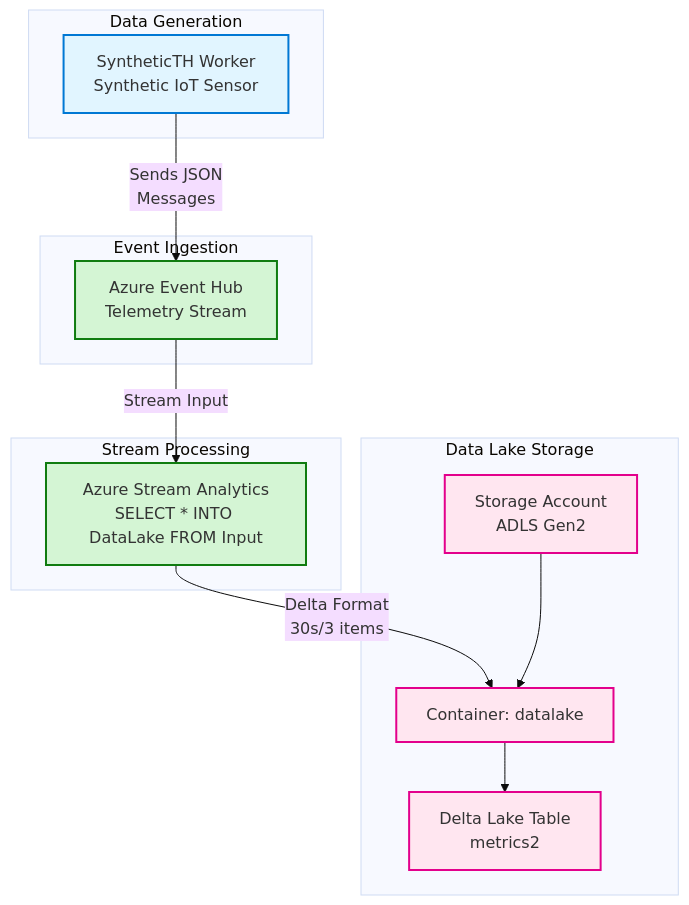
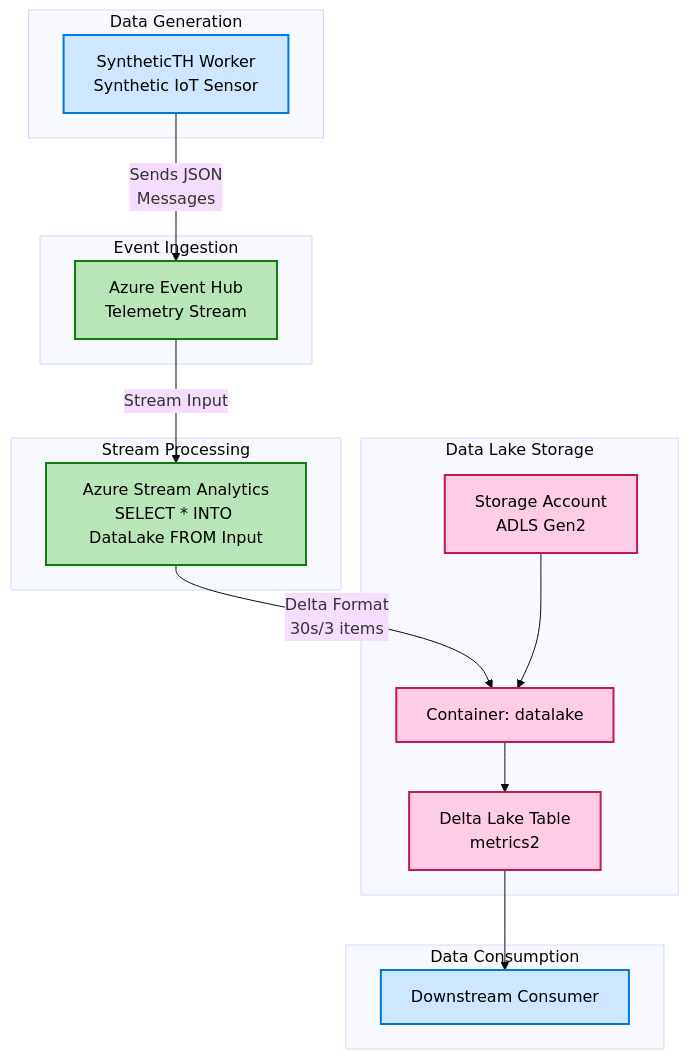
The diagram in README.md (jcoliz/AzStorage.DeltaLake), drawn with Mermaid (base theme) before and after one commit. The commit also changed other lines of this file and 1 other file, not shown here.

Commit message:
docs(readme): add updated consumer details

````diff
--- a/README.md
+++ b/README.md
@@ -17,34 +18,39 @@
 ```mermaid
 graph TB
     subgraph "Data Generation"
         SyntheticTH[SyntheticTH Worker<br/>Synthetic IoT Sensor]
     end
 
     subgraph "Event Ingestion"
         EH[Azure Event Hub<br/>Telemetry Stream]
     end
 
     subgraph "Stream Processing"
         ASA[Azure Stream Analytics<br/>SELECT * INTO DataLake FROM Input]
     end
 
     subgraph "Data Lake Storage"
         SA[Storage Account<br/>ADLS Gen2]
         Container[Container: datalake]
         DeltaTable[Delta Lake Table<br/>metrics2]
     end
 
+    subgraph "Data Consumption"
+        Consumer[Downstream Consumer]
+    end
+
     SyntheticTH -->|Sends JSON<br/>Messages| EH
     EH -->|Stream Input| ASA
     ASA -->|Delta Format<br/>30s/3 items| Container
     Container --> DeltaTable
     SA --> Container
+    DeltaTable --> Consumer
 
-    classDef app fill:#e1f5ff,stroke:#0078d4,stroke-width:2px
-    classDef compute fill:#d4f5d4,stroke:#107c10,stroke-width:2px
-    classDef storage fill:#ffe6f0,stroke:#e3008c,stroke-width:2px
+    classDef app fill:#cce7ff,stroke:#0078d4,stroke-width:2px,color:#000
+    classDef compute fill:#b8e6b8,stroke:#107c10,stroke-width:2px,color:#000
+    classDef storage fill:#ffcce6,stroke:#c2185b,stroke-width:2px,color:#000
     
-    class SyntheticTH app
+    class SyntheticTH,Consumer app
     class EH,ASA compute
     class SA,Container,DeltaTable storage
 ```
````
